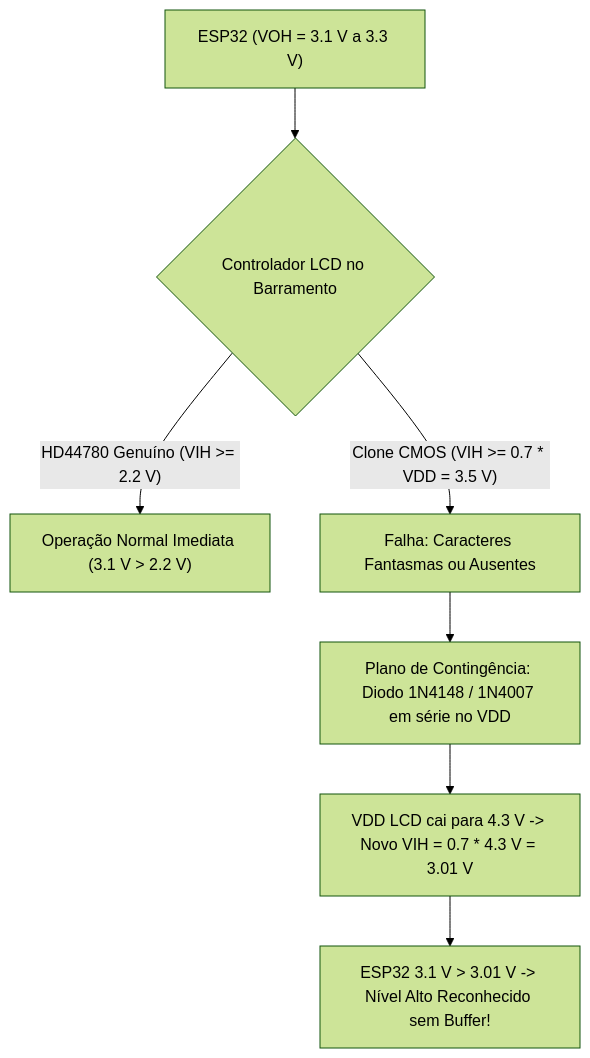
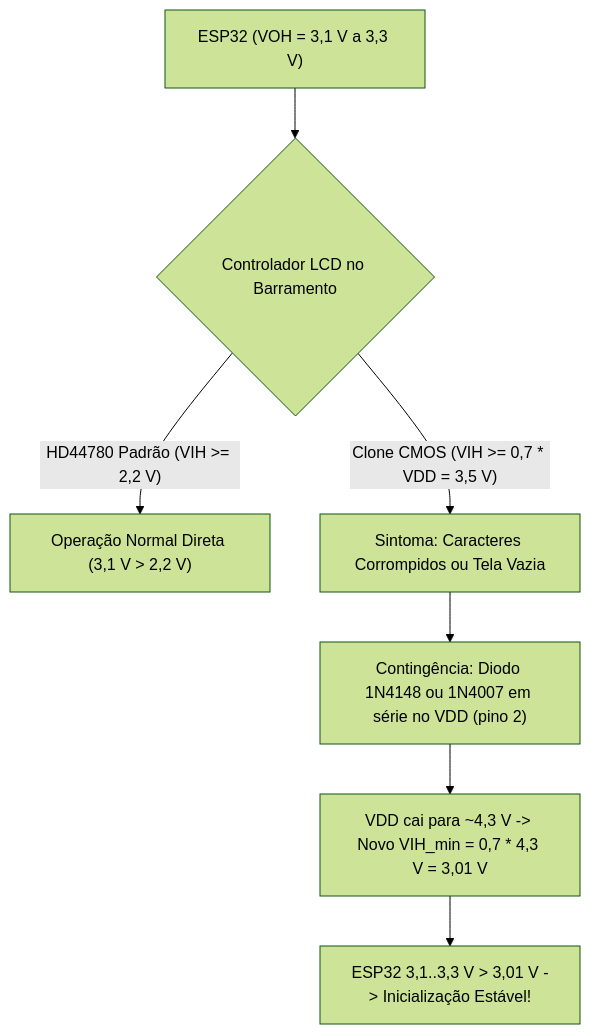
One commit to jhrvo0/ChickenLittle changed the first of 2 diagrams in docs/bench_assembly_guide.md. Above: the diagram before and after it, drawn with Mermaid (forest theme). The commit also changed other lines of this file and 23 other files, not shown here.

````diff
--- a/docs/bench_assembly_guide.md
+++ b/docs/bench_assembly_guide.md
@@ -159,9 +161,9 @@
 ```mermaid
 flowchart TD
-    A["ESP32 (VOH = 3.1 V a 3.3 V)"] --> B{"Controlador LCD no Barramento"}
-    B -->|"HD44780 Genuíno (VIH >= 2.2 V)"| C["Operação Normal Imediata (3.1 V > 2.2 V)"]
-    B -->|"Clone CMOS (VIH >= 0.7 * VDD = 3.5 V)"| D["Falha: Caracteres Fantasmas ou Ausentes"]
-    D --> E["Plano de Contingência: Diodo 1N4148 / 1N4007 em série no VDD"]
-    E --> F["VDD LCD cai para 4.3 V -> Novo VIH = 0.7 * 4.3 V = 3.01 V"]
-    F --> G["ESP32 3.1 V > 3.01 V -> Nível Alto Reconhecido sem Buffer!"]
+    A["ESP32 (VOH = 3,1 V a 3,3 V)"] --> B{"Controlador LCD no Barramento"}
+    B -->|"HD44780 Padrão (VIH >= 2,2 V)"| C["Operação Normal Direta (3,1 V > 2,2 V)"]
+    B -->|"Clone CMOS (VIH >= 0,7 * VDD = 3,5 V)"| D["Sintoma: Caracteres Corrompidos ou Tela Vazia"]
+    D --> E["Contingência: Diodo 1N4148 ou 1N4007 em série no VDD (pino 2)"]
+    E --> F["VDD cai para ~4,3 V -> Novo VIH_min = 0,7 * 4,3 V = 3,01 V"]
+    F --> G["ESP32 3,1..3,3 V > 3,01 V -> Inicialização Estável!"]
 ```
````
